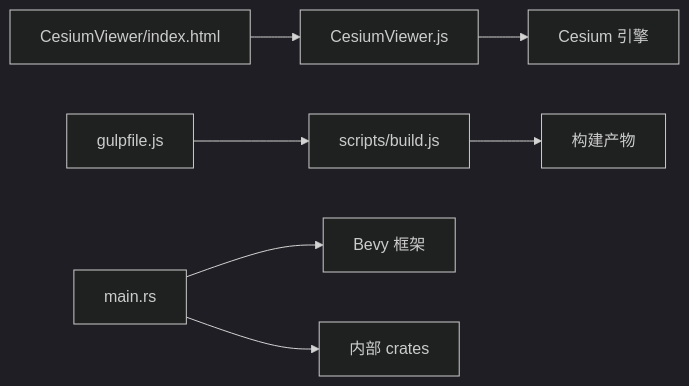
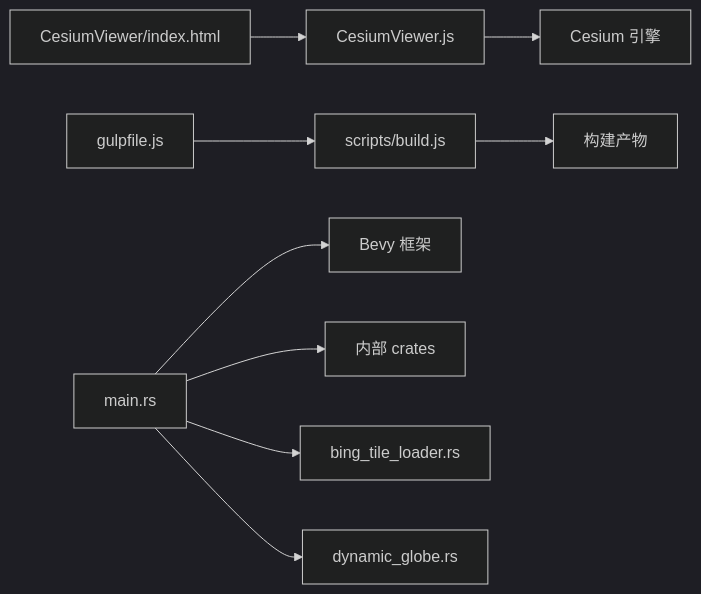
The fifth of 5 diagrams in .qoder/repowiki/zh/content/项目概述/项目介绍/应用程序主入口.md (rzhangjing/cesium), drawn with Mermaid (dark theme) before and after one commit. The commit also changed other lines of this file and 164 other files, not shown here.

````diff
--- a/.qoder/repowiki/zh/content/项目概述/项目介绍/应用程序主入口.md
+++ b/.qoder/repowiki/zh/content/项目概述/项目介绍/应用程序主入口.md
@@ -208,9 +244,11 @@
 ```mermaid
 graph LR
 HTML["CesiumViewer/index.html"] --> JS["CesiumViewer.js"]
 JS --> Engine["Cesium 引擎"]
 Gulp["gulpfile.js"] --> Build["scripts/build.js"]
 Build --> Assets["构建产物"]
 MainRS["main.rs"] --> Bevy["Bevy 框架"]
 MainRS --> Crates["内部 crates"]
+MainRS --> BingLoader["bing_tile_loader.rs"]
+MainRS --> DynamicGlobe["dynamic_globe.rs"]
 ```
````
